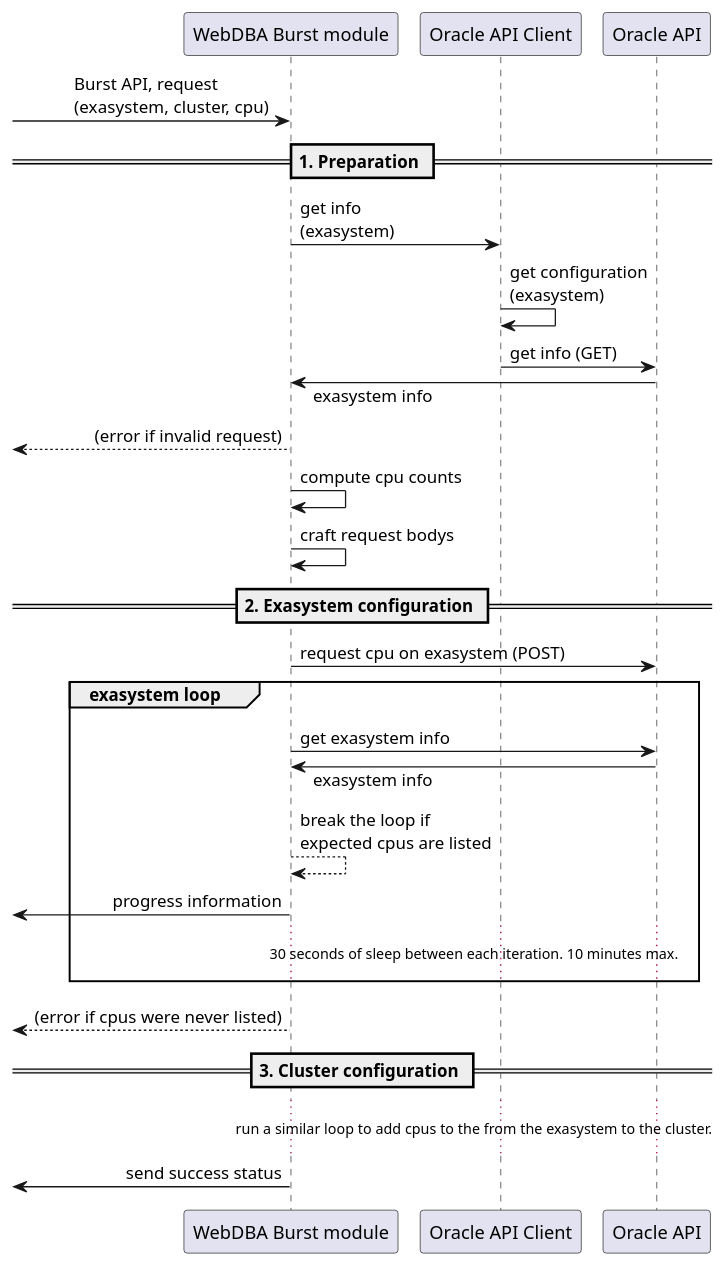
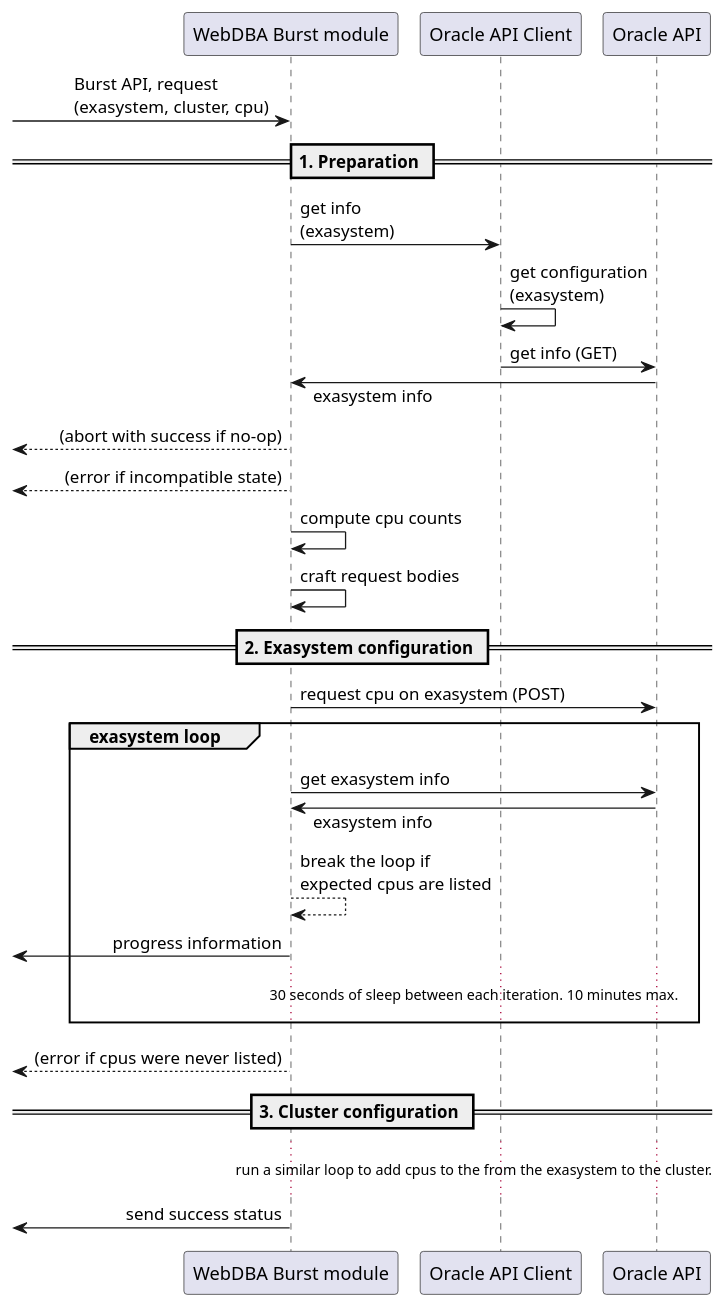
One commit to mathieucaroff/rapport3A changed the diagram in rapport4/uml/webdba.burst.exasystem.detail.puml. Above: the diagram before and after it, drawn with PlantUML. The commit also changed 3 other files, not shown here.

```diff
--- a/rapport4/uml/webdba.burst.exasystem.detail.puml
+++ b/rapport4/uml/webdba.burst.exasystem.detail.puml
@@ -1,43 +1,44 @@
 @startuml
 
 !pragma teoz true
 
 skinparam responseMessageBelowArrow true
 
 participant "WebDBA Burst module" as mod
 participant "Oracle API Client" as cli
 participant "Oracle API" as ora
 
 [-> mod: Burst API, request\n(exasystem, cluster, cpu)
 
 == 1. Preparation ==
 
 mod -> cli: get info\n(exasystem)
 cli -> cli: get configuration\n(exasystem)
 cli -> ora: get info (GET)
 mod <- ora: exasystem info
-[<-- mod: (error if invalid request)
+[<-- mod: (abort with success if no-op)
+[<-- mod: (error if incompatible state)
 mod -> mod: compute cpu counts
-mod -> mod: craft request bodys
+mod -> mod: craft request bodies
 
 == 2. Exasystem configuration ==
 
 mod -> ora: request cpu on exasystem (POST)
 
 group exasystem loop
     mod -> ora: get exasystem info
     mod <- ora: exasystem info
     mod --> mod: break the loop if\nexpected cpus are listed
     [<- mod: progress information
     ...30 seconds of sleep between each iteration. 10 minutes max....
 end
 
 [<-- mod: (error if cpus were never listed)
 
 == 3. Cluster configuration ==
 
 ...run a similar loop to add cpus to the from the exasystem to the cluster....
 
 [<- mod: send success status
 
 @enduml
```
